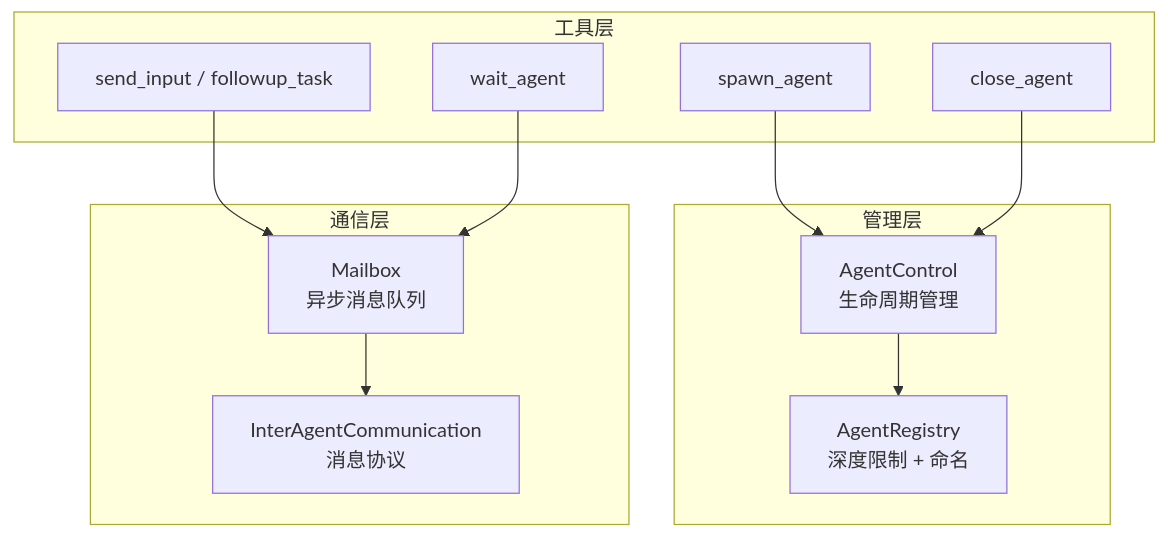
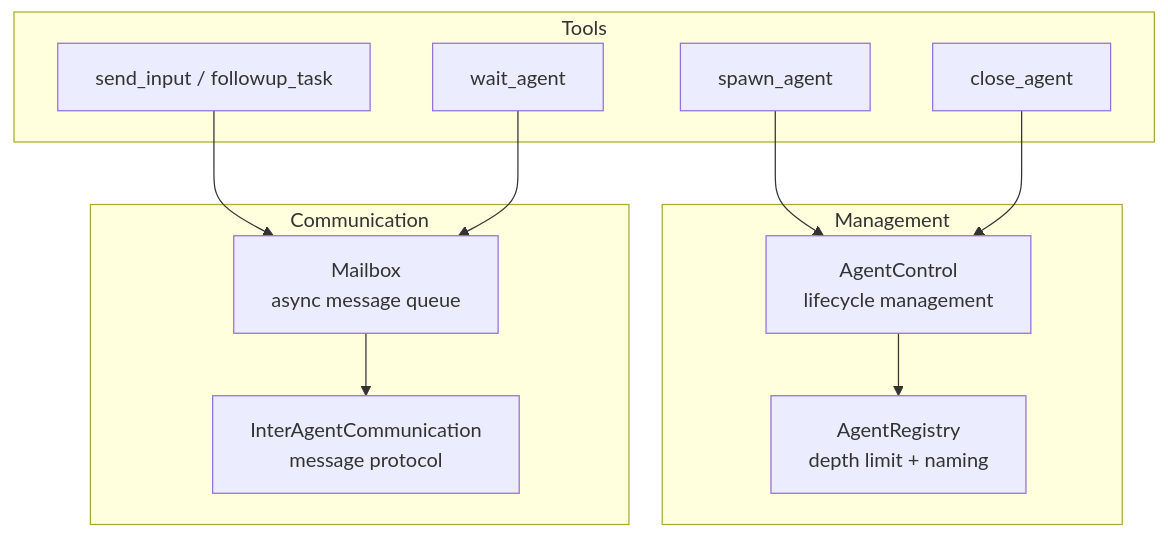
Before and after one commit to yibn2008/learn-codex: the diagram in wiki/06-sub-agent-system.md, drawn with Mermaid. The commit also changed other lines of this file and 32 other files, not shown here.

````diff
--- a/wiki/06-sub-agent-system.md
+++ b/wiki/06-sub-agent-system.md
@@ -45,26 +47,26 @@
 ```mermaid
 graph TD
-    subgraph 管理层
-        AC[AgentControl<br/>生命周期管理]
-        REG[AgentRegistry<br/>深度限制 + 命名]
+    subgraph Management
+        AC[AgentControl<br/>lifecycle management]
+        REG[AgentRegistry<br/>depth limit + naming]
     end
 
-    subgraph 通信层
-        MB[Mailbox<br/>异步消息队列]
-        IAC[InterAgentCommunication<br/>消息协议]
+    subgraph Communication
+        MB[Mailbox<br/>async message queue]
+        IAC[InterAgentCommunication<br/>message protocol]
     end
 
-    subgraph 工具层
+    subgraph Tools
         SPAWN[spawn_agent]
         SEND[send_input / followup_task]
         WAIT[wait_agent]
         CLOSE[close_agent]
     end
 
     SPAWN --> AC
     AC --> REG
     SEND --> MB
     MB --> IAC
     WAIT --> MB
     CLOSE --> AC
 ```
````
